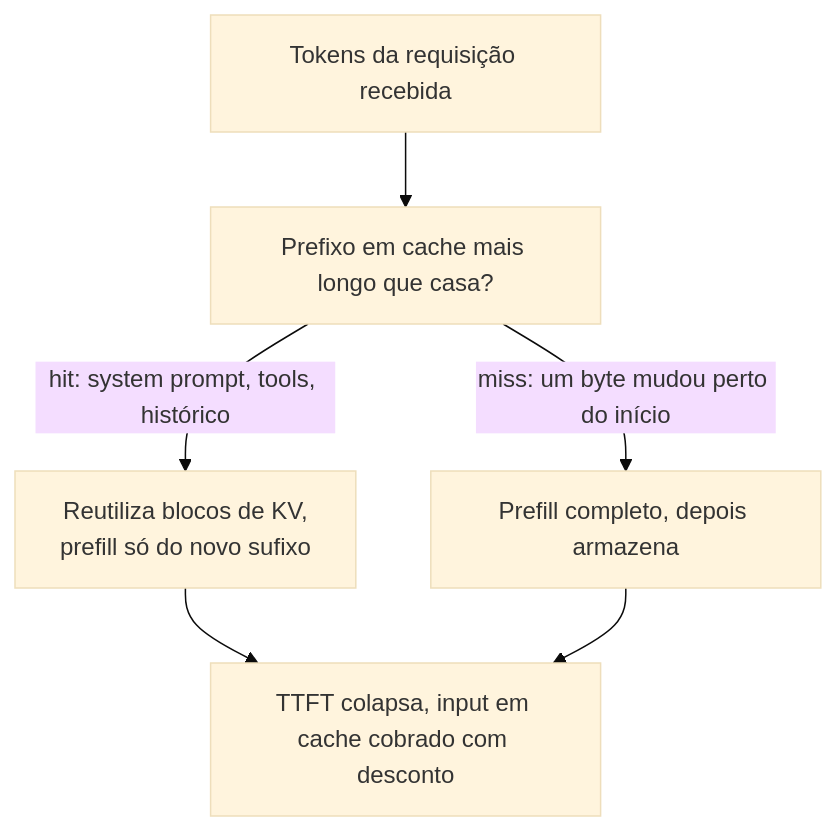
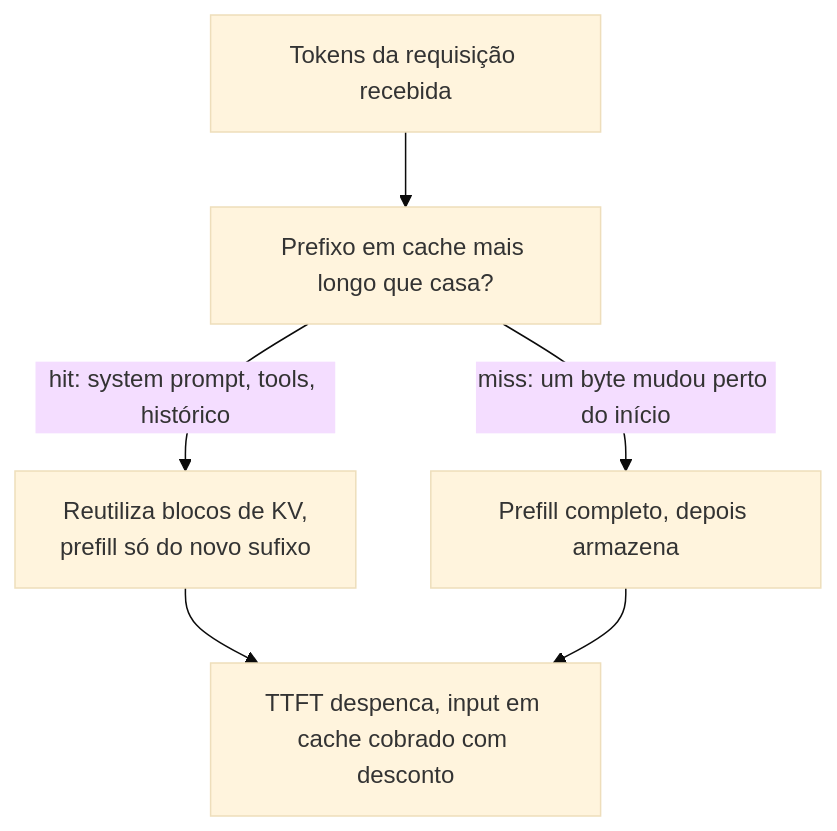
Before and after one commit to andrevberaldo/AI-Engineer-Interview-Questions: the fourth of 28 diagrams in 08-inference-and-production/questions.pt-BR.md, drawn with Mermaid (base theme). The commit also changed other lines of this file and 1 other file, not shown here.

````diff
--- a/08-inference-and-production/questions.pt-BR.md
+++ b/08-inference-and-production/questions.pt-BR.md
@@ -234,8 +234,8 @@
 ```mermaid
 flowchart TD
     R["Tokens da requisição recebida"] --> M["Prefixo em cache mais longo que casa?"]
     M -->|"hit: system prompt, tools, histórico"| S["Reutiliza blocos de KV,<br/>prefill só do novo sufixo"]
     M -->|"miss: um byte mudou perto do início"| F["Prefill completo, depois armazena"]
-    S --> G["TTFT colapsa, input em cache cobrado com desconto"]
+    S --> G["TTFT despenca, input em cache cobrado com desconto"]
     F --> G
 ```
````
